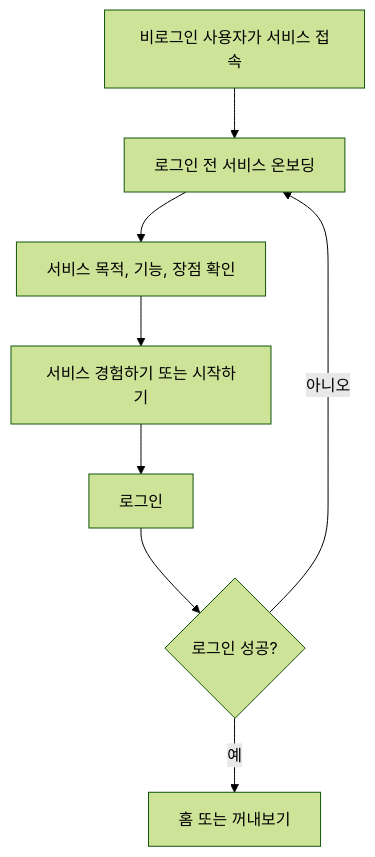
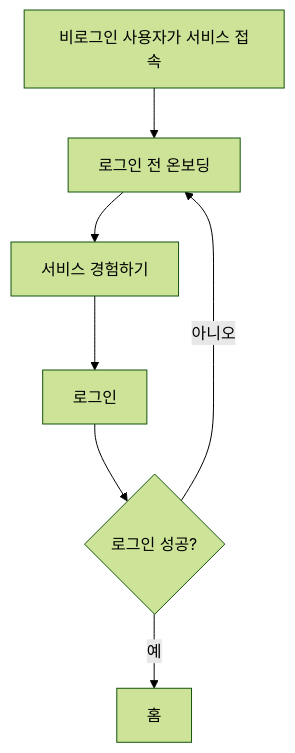
One commit to Mureung1/hub-showcase changed the diagram in docs/onboarding.md. Above: the diagram before and after it, drawn with Mermaid (forest theme). The commit also changed other lines of this file and 1 other file, not shown here.

Commit message:
docs: 온보딩 핵심 서사 정리

````diff
--- a/docs/onboarding.md
+++ b/docs/onboarding.md
@@ -63,10 +103,9 @@
 ```mermaid
 flowchart TD
-  A["비로그인 사용자가 서비스 접속"] --> B["로그인 전 서비스 온보딩"]
-  B --> C["서비스 목적, 기능, 장점 확인"]
-  C --> D["서비스 경험하기 또는 시작하기"]
-  D --> E["로그인"]
-  E --> F{"로그인 성공?"}
-  F -- "예" --> G["홈 또는 꺼내보기"]
-  F -- "아니오" --> B
+  A["비로그인 사용자가 서비스 접속"] --> B["로그인 전 온보딩"]
+  B --> C["서비스 경험하기"]
+  C --> D["로그인"]
+  D --> E{"로그인 성공?"}
+  E -- "예" --> F["홈"]
+  E -- "아니오" --> B
 ```
````
